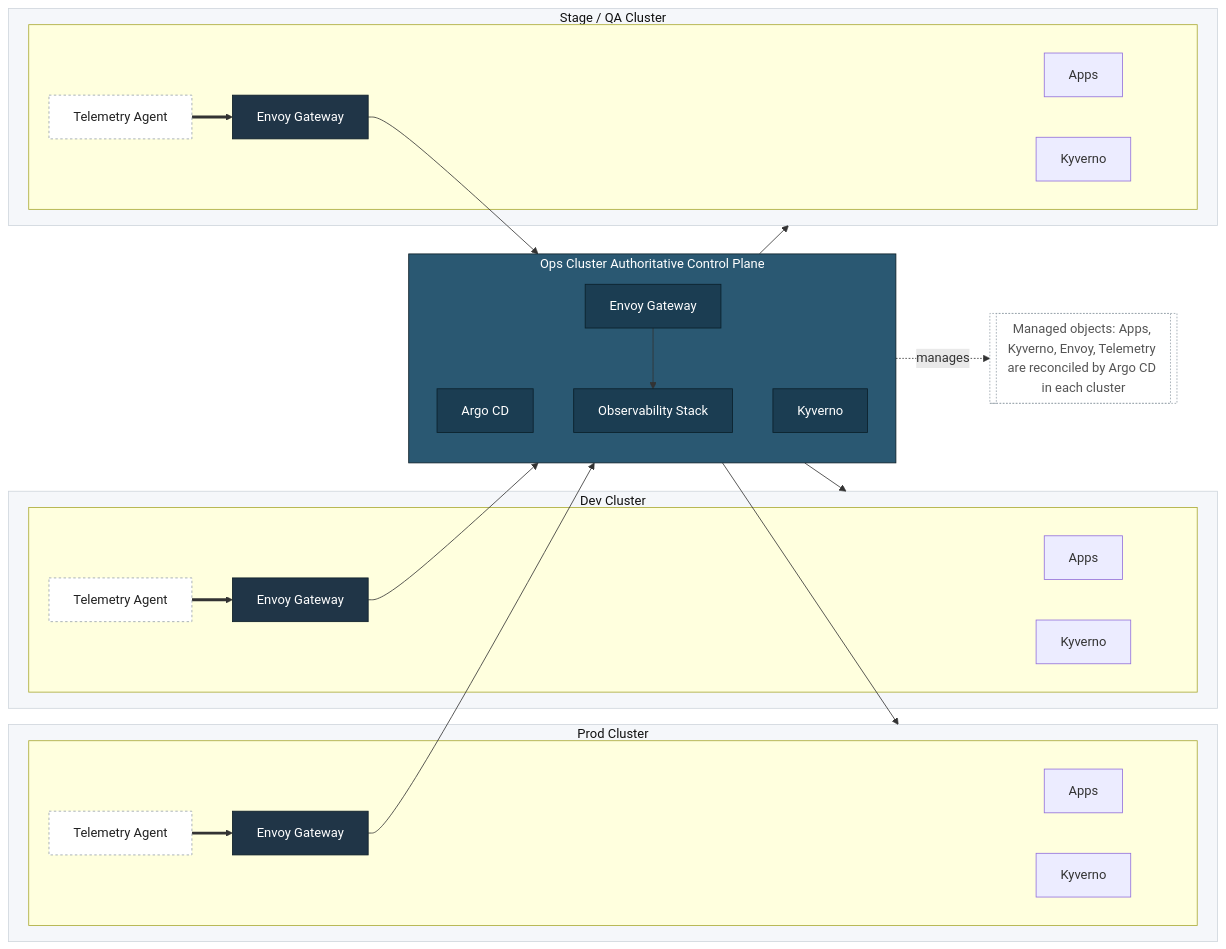
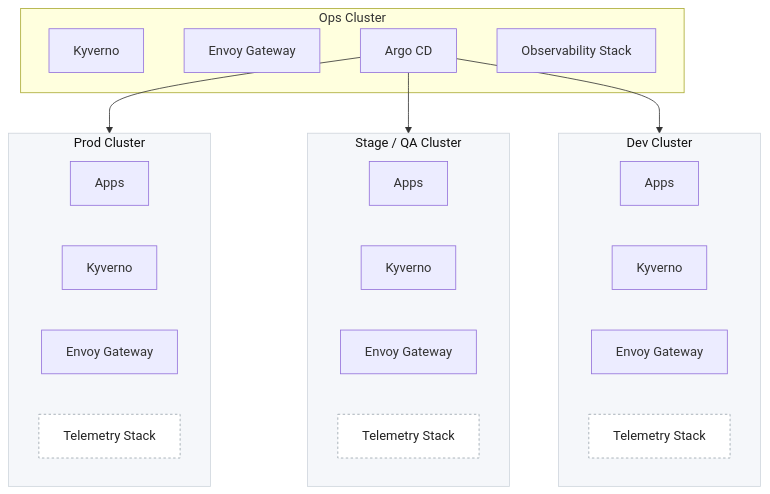
The first of 3 diagrams in README.md (Thakurvaibhav/k8s), drawn with Mermaid before and after one commit.

Commit message:
restruct

````diff
--- a/README.md
+++ b/README.md
@@ -73,63 +73,43 @@
 ```mermaid
-flowchart LR
-  classDef ops fill:#2a5872,stroke:#0d1e27,color:#ffffff;
-  classDef opsnode fill:#1b3d52,stroke:#0a1f29,color:#ffffff;
+%% Top-down layout: Ops at top (horizontal internals), Prod | Stage | Dev row beneath
+flowchart TB
   classDef env fill:#f5f7fa,stroke:#cfd6dd,color:#111111;
   classDef tel fill:#ffffff,stroke:#97a3ab,color:#222222,stroke-dasharray:3 3;
-  classDef gw fill:#203547,stroke:#0d1e27,color:#ffffff;
-  classDef note fill:#ffffff,stroke:#97a3ab,color:#555555,stroke-dasharray:2 2;
-
-  %% OPS CLUSTER
-  subgraph OPS[Ops Cluster Authoritative Control Plane]
-    direction TB
-    ACD[Argo CD]
-    KYV[Kyverno]
-    GWOPS[Envoy Gateway]
-    OBS[Observability Stack]
-  end
 
   %% ENVIRONMENT CLUSTERS
   subgraph PROD[Prod Cluster]
-    subgraph PRDSTACK[ ]
-      PRODAPP[Apps]
-      KYVPRD[Kyverno]
-      GWPRD[Envoy Gateway]
-      TELPRD[Telemetry Agent]
-    end
+    PRODAPP[Apps]
+    KYVPRD[Kyverno]
+    GWPRD[Envoy Gateway]
+    TELPRD[Telemetry Stack]
+  end
+  subgraph STAGE[Stage / QA Cluster]
+    STGAPP[Apps]
+    KYVSTG[Kyverno]
+    GWSTG[Envoy Gateway]
+    TELSTG[Telemetry Stack]
   end
   subgraph DEV[Dev Cluster]
-    subgraph DEVSTACK[ ]
-      DEVAPP[Apps]
-      KYVDEV[Kyverno]
-      GWDEV[Envoy Gateway]
-      TELDEV[Telemetry Agent]
-    end
-  end
-  subgraph STAGE[Stage / QA Cluster]
-    subgraph STGSTACK[ ]
-      STGAPP[Apps]
-      KYVSTG[Kyverno]
-      GWSTG[Envoy Gateway]
-      TELSTG[Telemetry Agent]
-    end
+    DEVAPP[Apps]
+    KYVDEV[Kyverno]
+    GWDEV[Envoy Gateway]
+    TELDEV[Telemetry Stack]
   end
 
+  %% OPS CLUSTER
+  subgraph OPS[Ops Cluster]
+    KYV[Kyverno]
+    GWOPS[Envoy Gateway]
+    ACD[Argo CD]
+    OBS[Observability Stack]
+
+  end
+
+  %% GitOps fan-out
   ACD --> PROD
+  ACD --> STAGE
   ACD --> DEV
-  ACD --> STAGE
 
-  TELPRD ==> GWPRD --> GWOPS
-  TELDEV ==> GWDEV --> GWOPS
-  TELSTG ==> GWSTG --> GWOPS
-  GWOPS --> OBS
-
-  %% Legend / note
-  NOTE1[[Managed objects: Apps, Kyverno, Envoy, Telemetry are reconciled by Argo CD in each cluster]]:::note
-  ACD -. manages .-> NOTE1
-
-  class OPS ops;
-  class ACD,KYV,GWOPS,OBS opsnode;
-  class PROD,DEV,STAGE env;
-  class GWDEV,GWSTG,GWPRD gw;
+  class PROD,STAGE,DEV env;
   class TELDEV,TELSTG,TELPRD tel;
 ```
````
